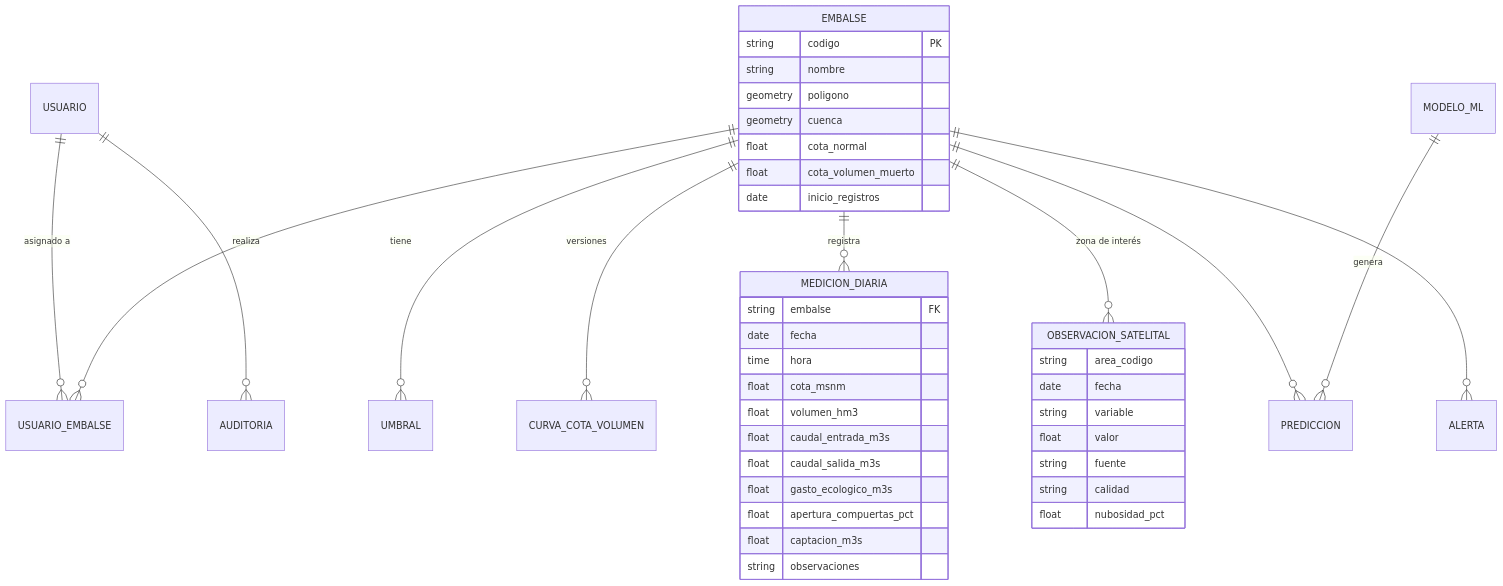
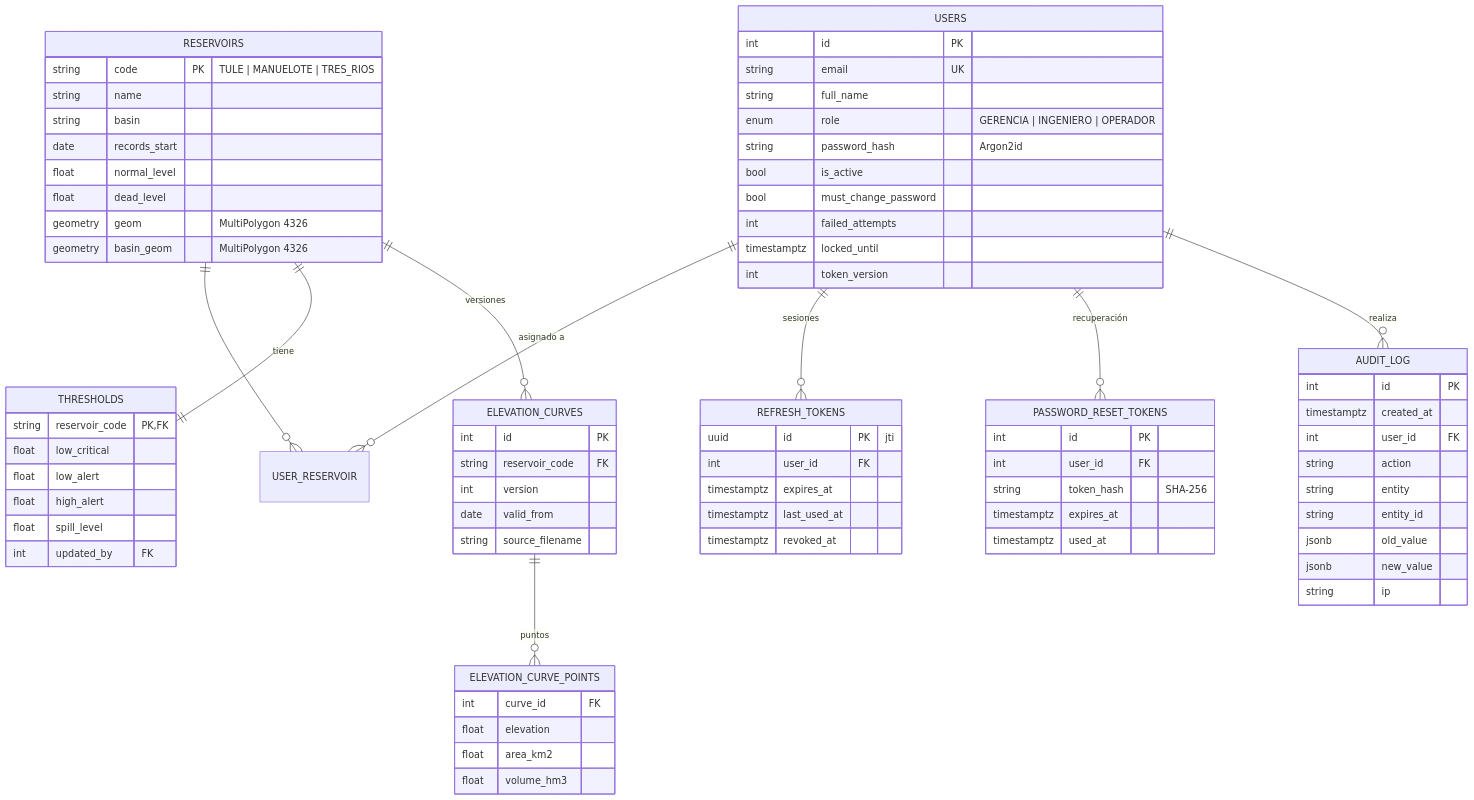
One commit to hunalds/plataforma-hidrica changed the fourth of 6 diagrams in docs/arquitectura.md. Above: the diagram before and after it, drawn with Mermaid. The commit also changed other lines of this file and 4 other files, not shown here.

````diff
--- a/docs/arquitectura.md
+++ b/docs/arquitectura.md
@@ -94,45 +94,80 @@
 ```mermaid
 erDiagram
-    USUARIO ||--o{ USUARIO_EMBALSE : "asignado a"
-    EMBALSE ||--o{ USUARIO_EMBALSE : ""
-    EMBALSE ||--o{ UMBRAL : tiene
-    EMBALSE ||--o{ CURVA_COTA_VOLUMEN : "versiones"
-    EMBALSE ||--o{ MEDICION_DIARIA : registra
-    EMBALSE ||--o{ OBSERVACION_SATELITAL : "zona de interés"
-    EMBALSE ||--o{ PREDICCION : ""
-    MODELO_ML ||--o{ PREDICCION : genera
-    EMBALSE ||--o{ ALERTA : ""
-    USUARIO ||--o{ AUDITORIA : realiza
+    USERS ||--o{ USER_RESERVOIR : "asignado a"
+    RESERVOIRS ||--o{ USER_RESERVOIR : ""
+    RESERVOIRS ||--|| THRESHOLDS : tiene
+    RESERVOIRS ||--o{ ELEVATION_CURVES : "versiones"
+    ELEVATION_CURVES ||--o{ ELEVATION_CURVE_POINTS : puntos
+    USERS ||--o{ REFRESH_TOKENS : sesiones
+    USERS ||--o{ PASSWORD_RESET_TOKENS : recuperación
+    USERS ||--o{ AUDIT_LOG : realiza
 
-    EMBALSE {
-        string codigo PK
-        string nombre
-        geometry poligono
-        geometry cuenca
-        float cota_normal
-        float cota_volumen_muerto
-        date inicio_registros
+    USERS {
+        int id PK
+        string email UK
+        string full_name
+        enum role "GERENCIA | INGENIERO | OPERADOR"
+        string password_hash "Argon2id"
+        bool is_active
+        bool must_change_password
+        int failed_attempts
+        timestamptz locked_until
+        int token_version
     }
-    MEDICION_DIARIA {
-        string embalse FK
-        date fecha
-        time hora
-        float cota_msnm
-        float volumen_hm3
-        float caudal_entrada_m3s
-        float caudal_salida_m3s
-        float gasto_ecologico_m3s
-        float apertura_compuertas_pct
-        float captacion_m3s
-        string observaciones
+    RESERVOIRS {
+        string code PK "TULE | MANUELOTE | TRES_RIOS"
+        string name
+        string basin
+        date records_start
+        float normal_level
+        float dead_level
+        geometry geom "MultiPolygon 4326"
+        geometry basin_geom "MultiPolygon 4326"
     }
-    OBSERVACION_SATELITAL {
-        string area_codigo
-        date fecha
-        string variable
-        float valor
-        string fuente
-        string calidad
-        float nubosidad_pct
+    THRESHOLDS {
+        string reservoir_code PK,FK
+        float low_critical
+        float low_alert
+        float high_alert
+        float spill_level
+        int updated_by FK
+    }
+    ELEVATION_CURVES {
+        int id PK
+        string reservoir_code FK
+        int version
+        date valid_from
+        string source_filename
+    }
+    ELEVATION_CURVE_POINTS {
+        int curve_id FK
+        float elevation
+        float area_km2
+        float volume_hm3
+    }
+    REFRESH_TOKENS {
+        uuid id PK "jti"
+        int user_id FK
+        timestamptz expires_at
+        timestamptz last_used_at
+        timestamptz revoked_at
+    }
+    PASSWORD_RESET_TOKENS {
+        int id PK
+        int user_id FK
+        string token_hash "SHA-256"
+        timestamptz expires_at
+        timestamptz used_at
+    }
+    AUDIT_LOG {
+        int id PK
+        timestamptz created_at
+        int user_id FK
+        string action
+        string entity
+        string entity_id
+        jsonb old_value
+        jsonb new_value
+        string ip
     }
 ```
````
